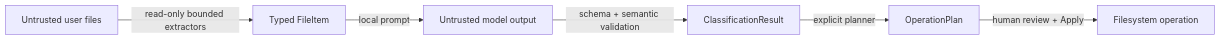
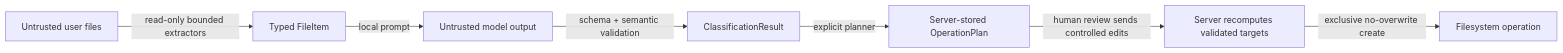
Before and after one commit to 77Aymeric/tidydrop: the second of 2 diagrams in docs/ARCHITECTURE.md, drawn with Mermaid. The commit also changed other lines of this file and 35 other files, not shown here.

````diff
--- a/docs/ARCHITECTURE.md
+++ b/docs/ARCHITECTURE.md
@@ -59,8 +63,9 @@
 ```mermaid
 flowchart LR
     A["Untrusted user files"] -->|"read-only bounded extractors"| B["Typed FileItem"]
     B -->|"local prompt"| C["Untrusted model output"]
     C -->|"schema + semantic validation"| D["ClassificationResult"]
-    D -->|"explicit planner"| E["OperationPlan"]
-    E -->|"human review + Apply"| F["Filesystem operation"]
+    D -->|"explicit planner"| E["Server-stored OperationPlan"]
+    E -->|"human review sends controlled edits"| F["Server recomputes validated targets"]
+    F -->|"exclusive no-overwrite create"| G["Filesystem operation"]
 ```
````
